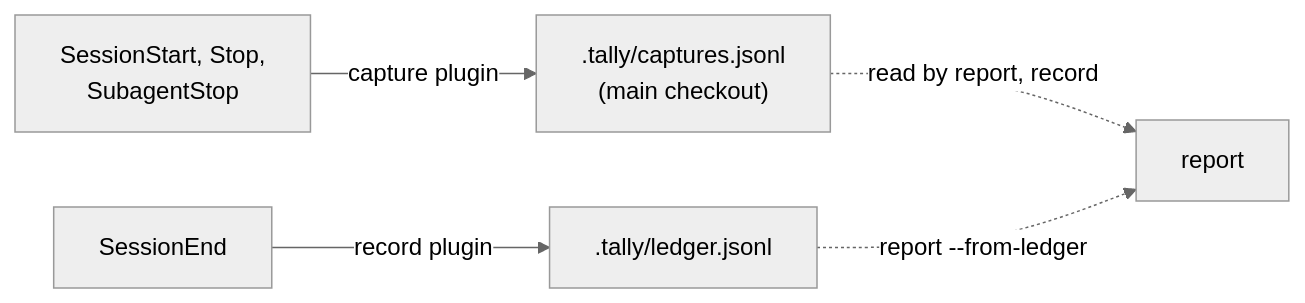
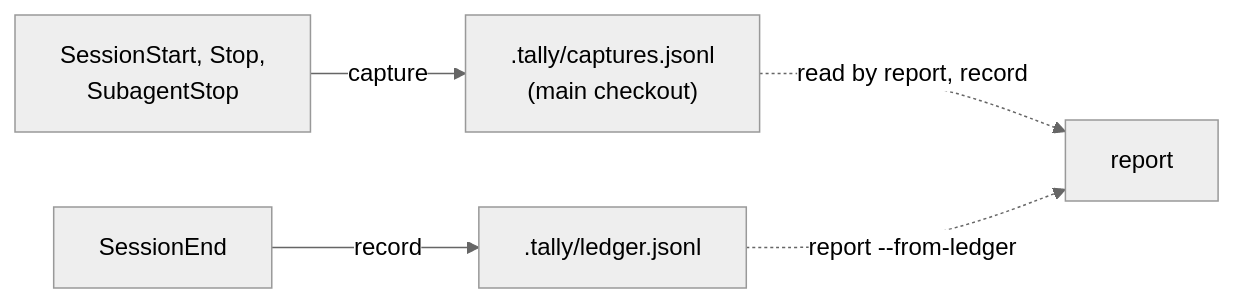
Before and after one commit to IAmSkweetis/branch-tally: the diagram in docs/manual/src/integration/claude-code.md, drawn with Mermaid (neutral theme). The commit also changed other lines of this file and 41 other files, not shown here.

````diff
--- a/docs/manual/src/integration/claude-code.md
+++ b/docs/manual/src/integration/claude-code.md
@@ -85,7 +46,7 @@
 ```mermaid
 flowchart LR
-    S[SessionStart, Stop,<br/>SubagentStop] -- capture plugin --> C[".tally/captures.jsonl<br/>(main checkout)"]
-    E[SessionEnd] -- record plugin --> L[".tally/ledger.jsonl"]
+    S[SessionStart, Stop,<br/>SubagentStop] -- capture --> C[".tally/captures.jsonl<br/>(main checkout)"]
+    E[SessionEnd] -- record --> L[".tally/ledger.jsonl"]
     C -. "read by report, record" .-> R[report]
     L -. "report --from-ledger" .-> R
 ```
````
